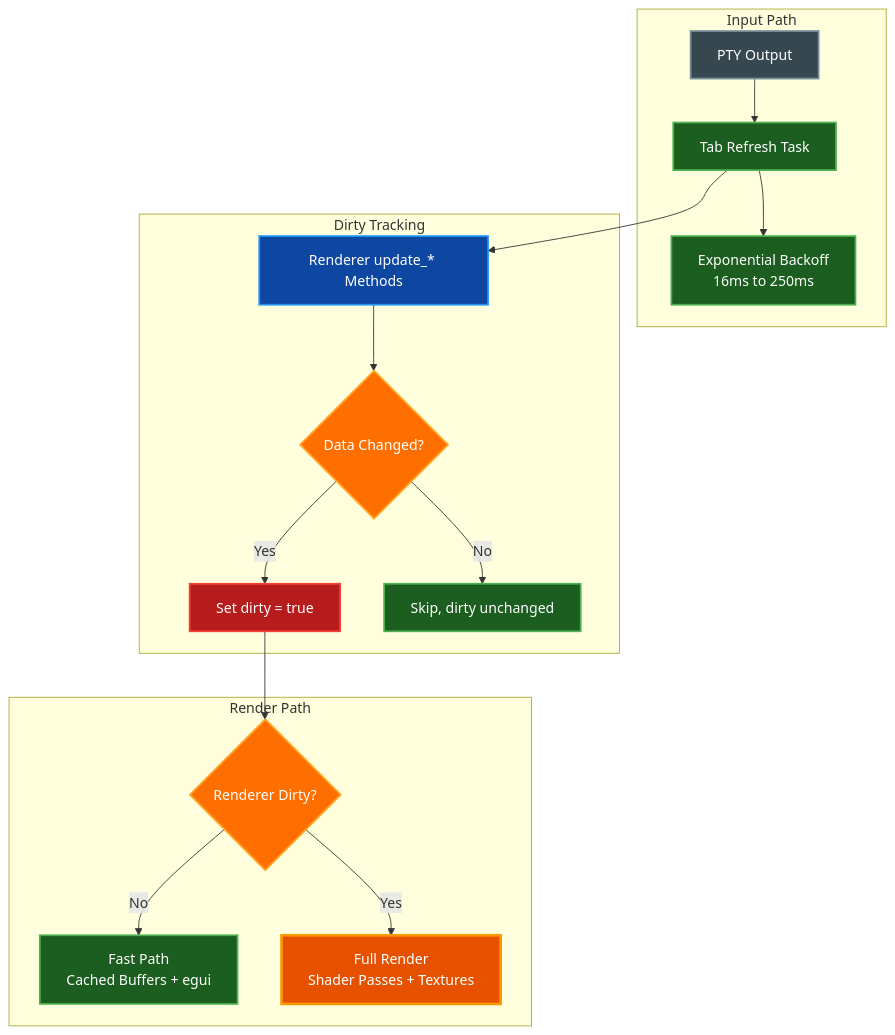
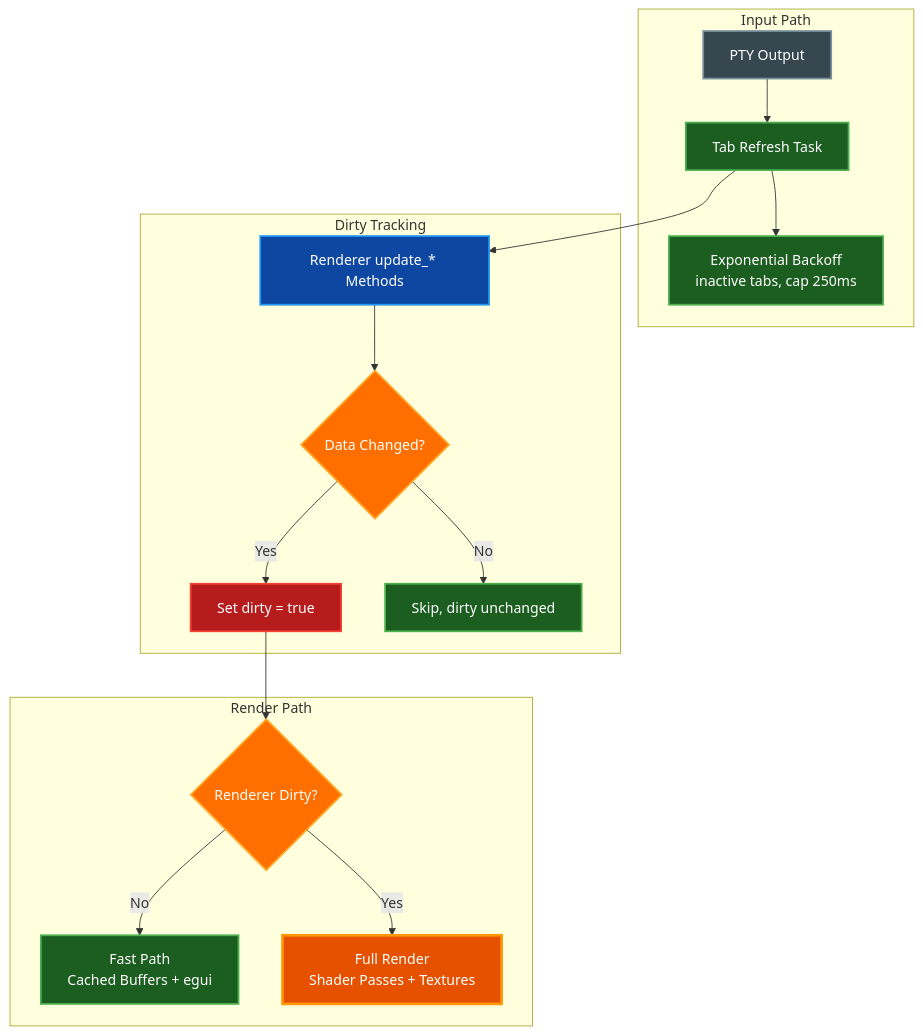
One commit to paulrobello/par-term changed the seventh of 7 diagrams in docs/architecture/ARCHITECTURE.md. Above: the diagram before and after it, drawn with Mermaid. The commit also changed other lines of this file and 39 other files, not shown here.

````diff
--- a/docs/architecture/ARCHITECTURE.md
+++ b/docs/architecture/ARCHITECTURE.md
@@ -468,42 +469,42 @@
 ```mermaid
 graph TD
     subgraph "Input Path"
         PTY[PTY Output]
         Poll[Tab Refresh Task]
-        Backoff[Exponential Backoff<br>16ms to 250ms]
+        Backoff[Exponential Backoff<br>inactive tabs, cap 250ms]
     end
 
     subgraph "Dirty Tracking"
         Update[Renderer update_* Methods]
         Changed{Data Changed?}
         Dirty[Set dirty = true]
         Skip[Skip, dirty unchanged]
     end
 
     subgraph "Render Path"
         DirtyCheck{Renderer Dirty?}
         FastPath[Fast Path<br>Cached Buffers + egui]
         FullRender[Full Render<br>Shader Passes + Textures]
     end
 
     PTY --> Poll
     Poll --> Backoff
     Poll --> Update
     Update --> Changed
     Changed -- Yes --> Dirty
     Changed -- No --> Skip
     Dirty --> DirtyCheck
     DirtyCheck -- No --> FastPath
     DirtyCheck -- Yes --> FullRender
 
     style PTY fill:#37474f,stroke:#78909c,stroke-width:2px,color:#ffffff
     style Poll fill:#1b5e20,stroke:#4caf50,stroke-width:2px,color:#ffffff
     style Backoff fill:#1b5e20,stroke:#4caf50,stroke-width:2px,color:#ffffff
     style Update fill:#0d47a1,stroke:#2196f3,stroke-width:2px,color:#ffffff
     style Changed fill:#ff6f00,stroke:#ffa726,stroke-width:2px,color:#ffffff
     style Dirty fill:#b71c1c,stroke:#f44336,stroke-width:2px,color:#ffffff
     style Skip fill:#1b5e20,stroke:#4caf50,stroke-width:2px,color:#ffffff
     style DirtyCheck fill:#ff6f00,stroke:#ffa726,stroke-width:2px,color:#ffffff
     style FastPath fill:#1b5e20,stroke:#4caf50,stroke-width:2px,color:#ffffff
     style FullRender fill:#e65100,stroke:#ff9800,stroke-width:3px,color:#ffffff
 ```
````
